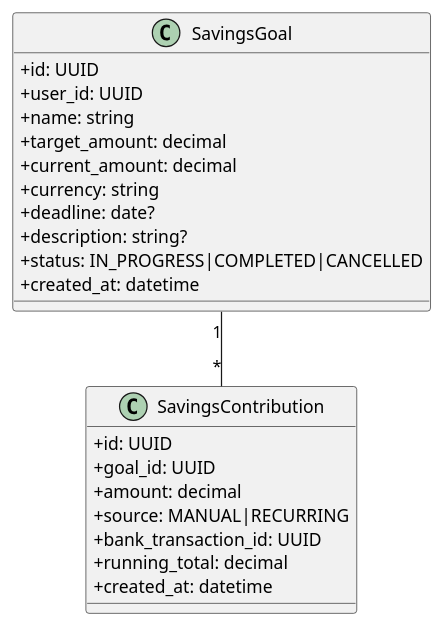
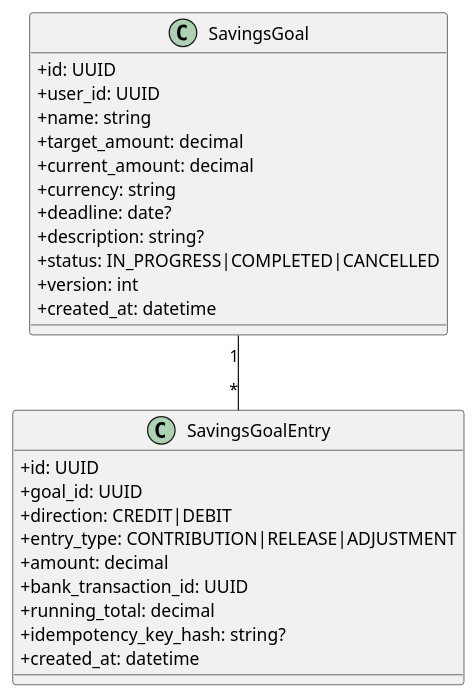
One commit to QuinntyneBrown/LendQ changed the diagram in docs/detailed-designs/diagrams/plantuml/class_savings.puml. Above: the diagram before and after it, drawn with PlantUML. The commit also changed 16 other files, not shown here.

```diff
--- a/docs/detailed-designs/diagrams/plantuml/class_savings.puml
+++ b/docs/detailed-designs/diagrams/plantuml/class_savings.puml
@@ -1,25 +1,28 @@
 @startuml
 skinparam classAttributeIconSize 0
 class SavingsGoal {
   +id: UUID
   +user_id: UUID
   +name: string
   +target_amount: decimal
   +current_amount: decimal
   +currency: string
   +deadline: date?
   +description: string?
   +status: IN_PROGRESS|COMPLETED|CANCELLED
+  +version: int
   +created_at: datetime
 }
-class SavingsContribution {
+class SavingsGoalEntry {
   +id: UUID
   +goal_id: UUID
+  +direction: CREDIT|DEBIT
+  +entry_type: CONTRIBUTION|RELEASE|ADJUSTMENT
   +amount: decimal
-  +source: MANUAL|RECURRING
   +bank_transaction_id: UUID
   +running_total: decimal
+  +idempotency_key_hash: string?
   +created_at: datetime
 }
-SavingsGoal "1" -- "*" SavingsContribution
+SavingsGoal "1" -- "*" SavingsGoalEntry
 @enduml
```
